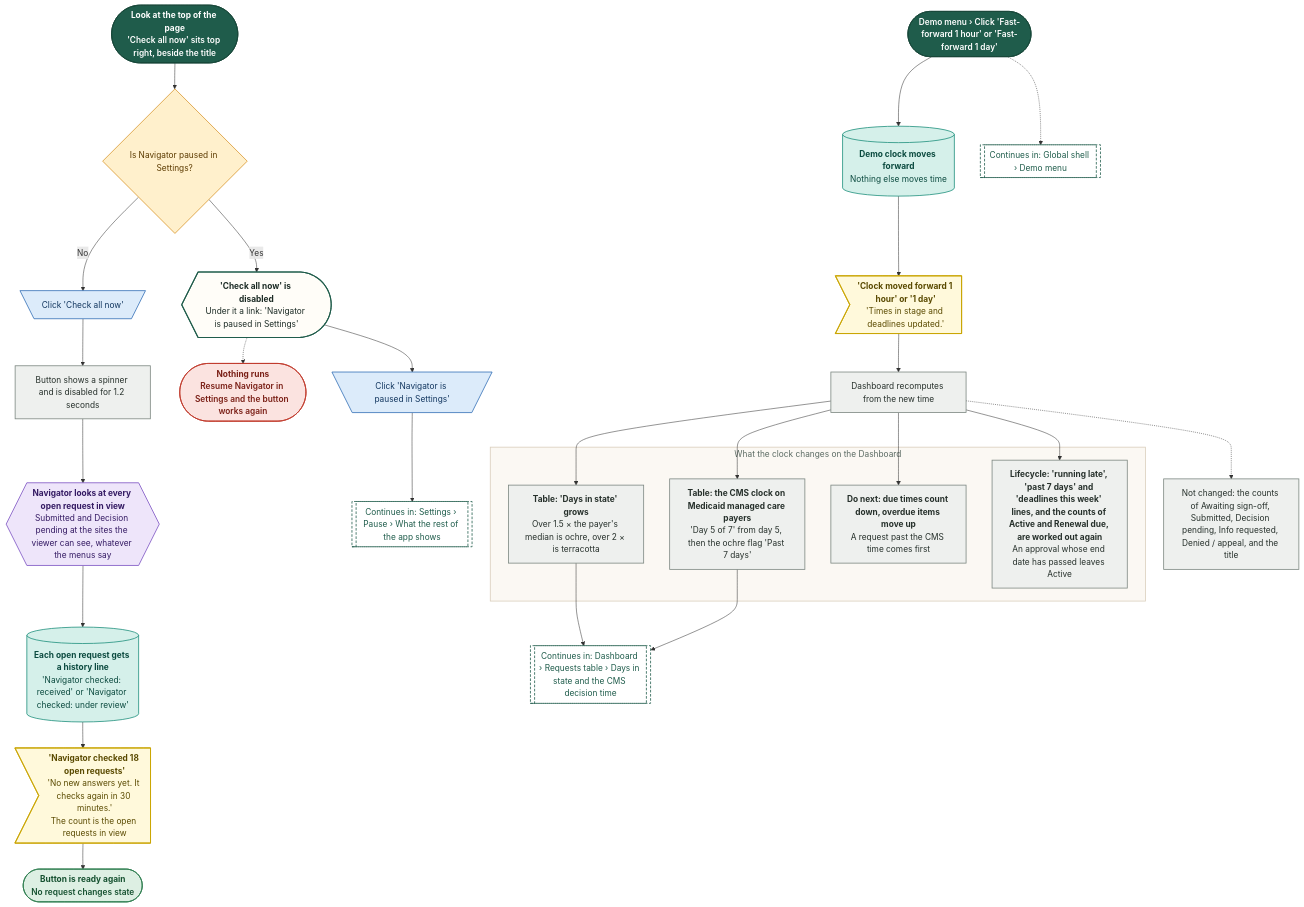
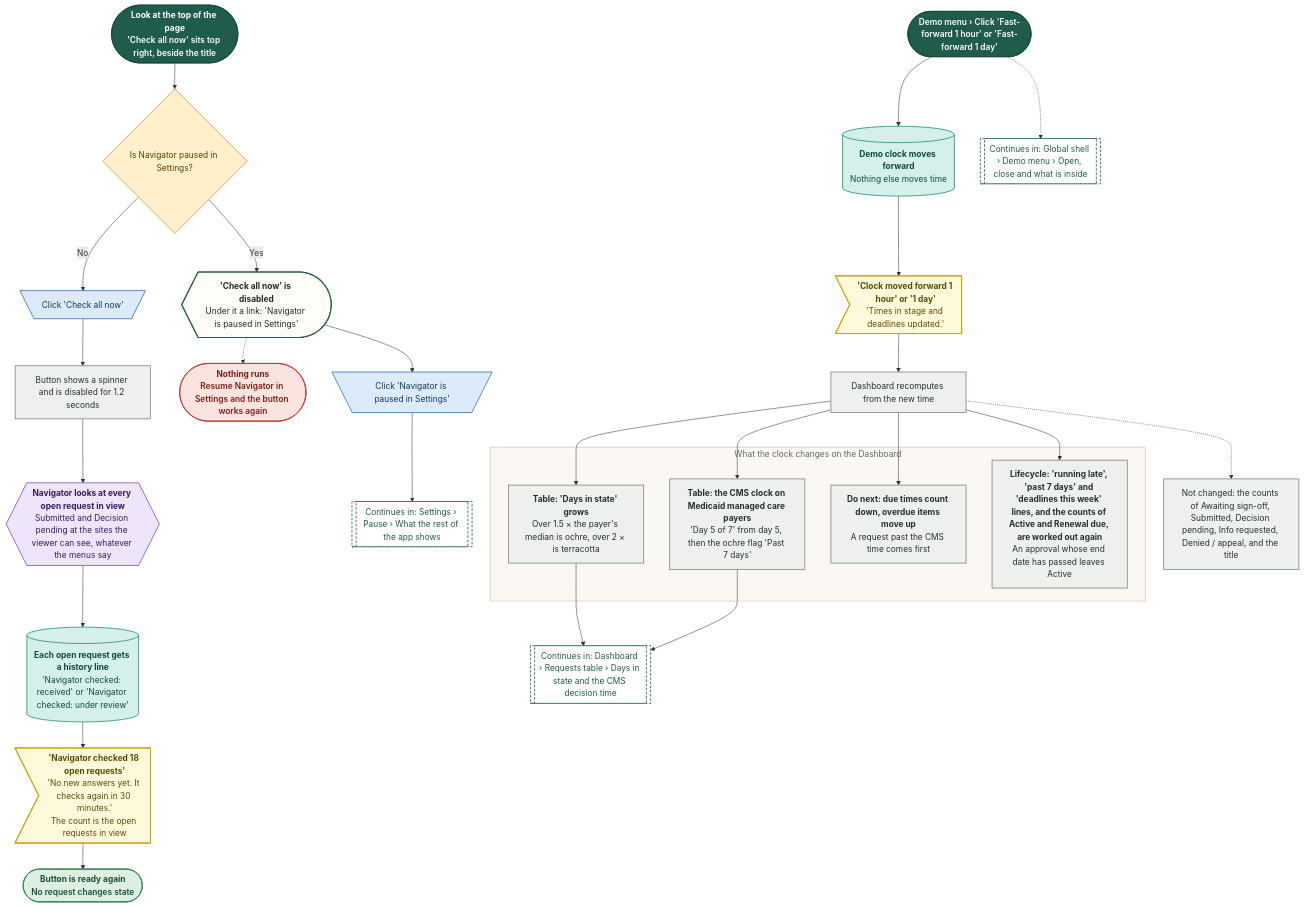
Before and after one commit to Shrav143/psyfloapp: the third of 21 diagrams in demos/prior-auth-demo/workflows/out/md/02-dashboard.md, drawn with Mermaid. The commit also changed other lines of this file and 113 other files, not shown here.

First line of the commit message:
docs: workflow diagrams for the merged Authorizations (worklist, approved, reviews and tracked cases, sidebar arrow), every link retargeted, 336 diagrams

````diff
--- a/demos/prior-auth-demo/workflows/out/md/02-dashboard.md
+++ b/demos/prior-auth-demo/workflows/out/md/02-dashboard.md
@@ -173,67 +173,67 @@
 ```mermaid
 %%{init: {"theme":"base","themeVariables":{"fontFamily":"'DM Sans', 'Segoe UI', system-ui, sans-serif","fontSize":"15px","lineColor":"#5B6B63","primaryTextColor":"#1C2B25","clusterBkg":"#FBF8F3","clusterBorder":"#D9CDBB","edgeLabelBackground":"#FFFFFF"},"flowchart":{"curve":"basis","nodeSpacing":36,"rankSpacing":48,"padding":12,"htmlLabels":true,"useMaxWidth":false,"wrappingWidth":230}} }%%
 flowchart TD
   classDef k_start fill:#1F5C4B,stroke:#174638,color:#FFFFFF,stroke-width:1.5px,font-weight:600
   classDef k_end fill:#DDEFE3,stroke:#2E7D4F,color:#14502F,stroke-width:1.5px,font-weight:600
   classDef k_endx fill:#FBE3E0,stroke:#C0392B,color:#7A1F16,stroke-width:1.5px,font-weight:600
   classDef k_screen fill:#FFFDF8,stroke:#1F5C4B,color:#1C2B25,stroke-width:2px
   classDef k_overlay fill:#F1F7F3,stroke:#1F5C4B,color:#1C2B25,stroke-width:2px,stroke-dasharray:5 3
   classDef k_click fill:#DCEBFA,stroke:#2F6DB5,color:#12365F,stroke-width:1.5px
   classDef k_input fill:#E4E7FF,stroke:#4C5FD5,color:#1D2670,stroke-width:1.5px
   classDef k_process fill:#EEF0EE,stroke:#7A857F,color:#26302B,stroke-width:1.5px
   classDef k_agent fill:#EEE5FA,stroke:#7A4FC2,color:#341A63,stroke-width:1.5px
   classDef k_decision fill:#FFF0CC,stroke:#D9962B,color:#5C3B00,stroke-width:1.5px
   classDef k_store fill:#D5F0EA,stroke:#1C8E7B,color:#0B4A3F,stroke-width:1.5px
   classDef k_doc fill:#F6E9DC,stroke:#B07A4C,color:#4A2E14,stroke-width:1.5px
   classDef k_ext fill:#FFE6D2,stroke:#E07B39,color:#6B2F06,stroke-width:1.5px
   classDef k_wait fill:#E4E8EE,stroke:#6B7C93,color:#26303D,stroke-width:1.5px
   classDef k_toast fill:#FFF9DB,stroke:#C9A400,color:#5A4A00,stroke-width:1.5px
   classDef k_goto fill:#FFFFFF,stroke:#1F5C4B,color:#1F5C4B,stroke-width:1.5px,stroke-dasharray:5 3
   s0@{ shape: stadium, label: "<b>Look at the top of the page</b><br/>'Check all now' sits top right, beside the title" }
   dp@{ shape: diam, label: "Is Navigator paused in Settings?" }
   sp@{ shape: curv-trap, label: "<b>'Check all now' is disabled</b><br/>Under it a link: 'Navigator is paused in Settings'" }
   cs@{ shape: trap-t, label: "Click 'Navigator is paused in Settings'" }
   gs@{ shape: subproc, label: "Continues in: Settings › Pause › What the rest of the app shows" }
   xs@{ shape: stadium, label: "<b>Nothing runs</b><br/>Resume Navigator in Settings and the button works again" }
   s1@{ shape: trap-t, label: "Click 'Check all now'" }
   p1@{ shape: rect, label: "Button shows a spinner and is disabled for 1.2 seconds" }
   a1@{ shape: hex, label: "<b>Navigator looks at every open request in view</b><br/>Submitted and Decision pending at the sites the viewer can see, whatever the menus say" }
   w1@{ shape: cyl, label: "<b>Each open request gets a history line</b><br/>'Navigator checked: received' or 'Navigator checked: under review'" }
   t1@{ shape: odd, label: "<b>'Navigator checked 18 open requests'</b><br/>'No new answers yet. It checks again in 30 minutes.'<br/>The count is the open requests in view" }
   e1@{ shape: stadium, label: "<b>Button is ready again</b><br/>No request changes state" }
   s2@{ shape: stadium, label: "Demo menu › Click 'Fast-forward 1 hour' or 'Fast-forward 1 day'" }
   c1@{ shape: cyl, label: "<b>Demo clock moves forward</b><br/>Nothing else moves time" }
   t2@{ shape: odd, label: "<b>'Clock moved forward 1 hour' or '1 day'</b><br/>'Times in stage and deadlines updated.'" }
   p2@{ shape: rect, label: "Dashboard recomputes from the new time" }
   subgraph gClock ["What the clock changes on the Dashboard"]
   r1@{ shape: rect, label: "<b>Table: 'Days in state' grows</b><br/>Over 1.5 × the payer's median is ochre, over 2 × is terracotta" }
   r2@{ shape: rect, label: "<b>Table: the CMS clock on Medicaid managed care payers</b><br/>'Day 5 of 7' from day 5, then the ochre flag 'Past 7 days'" }
   r3@{ shape: rect, label: "<b>Do next: due times count down, overdue items move up</b><br/>A request past the CMS time comes first" }
   r4@{ shape: rect, label: "<b>Lifecycle: 'running late', 'past 7 days' and 'deadlines this week' lines, and the counts of Active and Renewal due, are worked out again</b><br/>An approval whose end date has passed leaves Active" }
   end
   p3@{ shape: rect, label: "Not changed: the counts of Awaiting sign-off, Submitted, Decision pending, Info requested, Denied / appeal, and the title" }
-  g1@{ shape: subproc, label: "Continues in: Global shell › Demo menu" }
+  g1@{ shape: subproc, label: "Continues in: Global shell › Demo menu › Open, close and what is inside" }
   g2@{ shape: subproc, label: "Continues in: Dashboard › Requests table › Days in state and the CMS decision time" }
   s0 --> dp
   dp -->|"No"| s1 --> p1 --> a1 --> w1 --> t1 --> e1
   dp -->|"Yes"| sp --> cs --> gs
   sp -.-> xs
   s2 --> c1 --> t2 --> p2
   p2 --> r1 & r2 & r3 & r4
   r1 --> g2
   r2 --> g2
   p2 -.-> p3
   s2 -.-> g1
   class s0,s2 k_start
   class dp k_decision
   class sp k_screen
   class cs,s1 k_click
   class gs,g1,g2 k_goto
   class xs k_endx
   class p1,p2,r1,r2,r3,r4,p3 k_process
   class a1 k_agent
   class w1,c1 k_store
   class t1,t2 k_toast
   class e1 k_end
   style gClock fill:#FBF8F3,stroke:#D9CDBB,stroke-width:1.5px,color:#5B6B63
 ```
````
